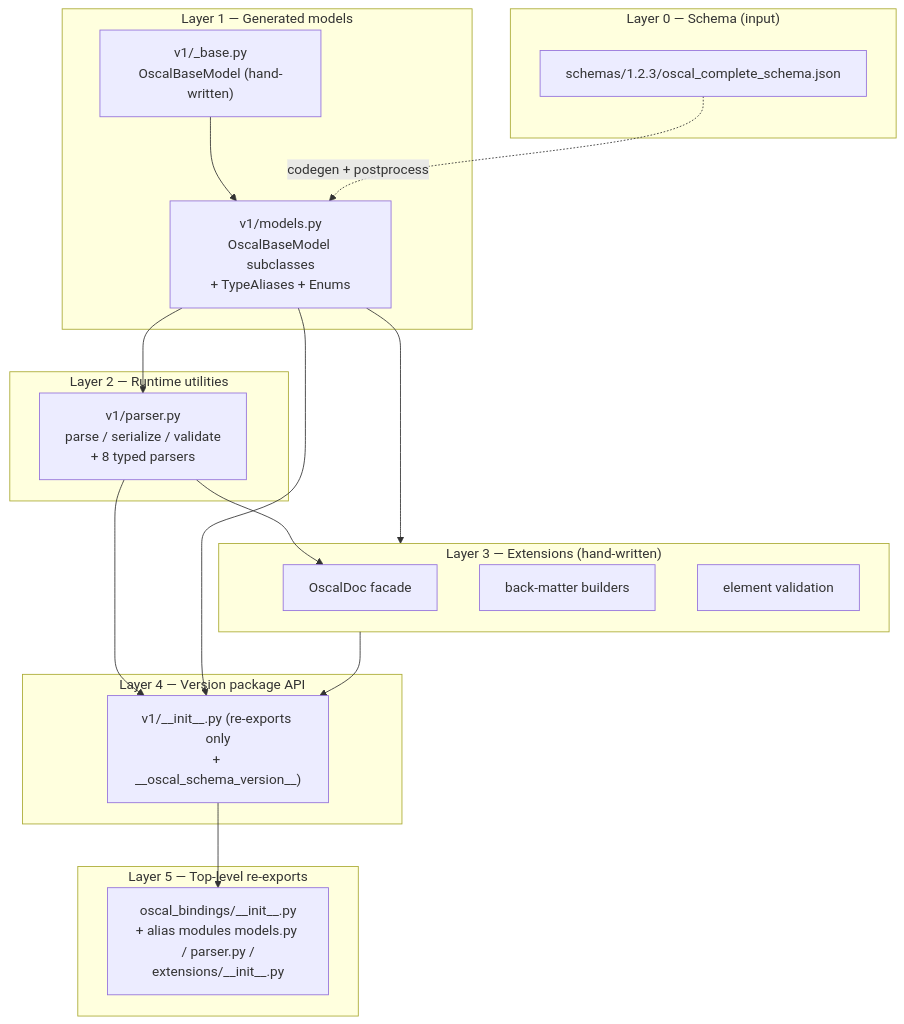
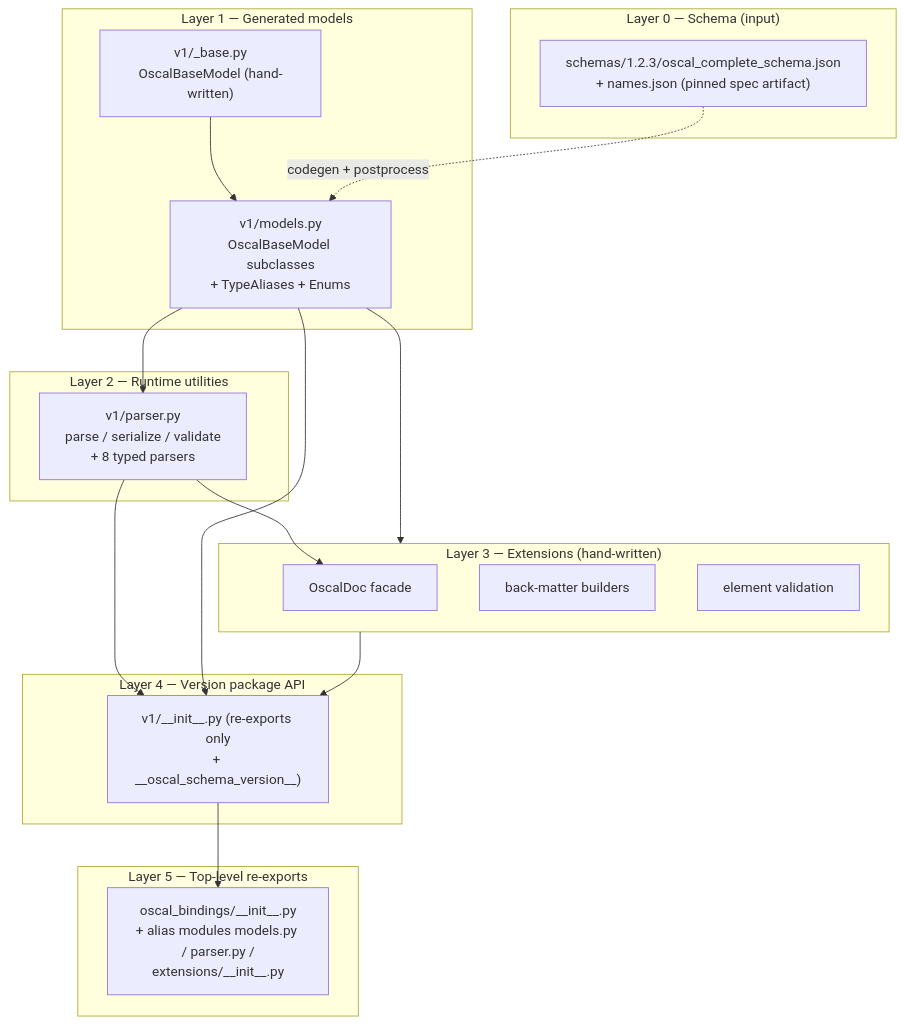
The first of 2 diagrams in .agents/summary/architecture.md (cairn-proofs/oscal-bindings-python), drawn with Mermaid before and after one commit. The commit also changed other lines of this file and 51 other files, not shown here.

First line of the commit message:
Generate the models from names.json of the spec artifact (#22)

````diff
--- a/.agents/summary/architecture.md
+++ b/.agents/summary/architecture.md
@@ -11,33 +11,33 @@
 ```mermaid
 graph TB
     subgraph L0["Layer 0 — Schema (input)"]
-        S["schemas/1.2.3/oscal_complete_schema.json"]
+        S["schemas/1.2.3/oscal_complete_schema.json<br/>+ names.json (pinned spec artifact)"]
     end
     subgraph L1["Layer 1 — Generated models"]
         BASE["v1/_base.py<br/>OscalBaseModel (hand-written)"]
         M["v1/models.py<br/>OscalBaseModel subclasses<br/>+ TypeAliases + Enums"]
         BASE --> M
     end
     subgraph L2["Layer 2 — Runtime utilities"]
         P["v1/parser.py<br/>parse / serialize / validate<br/>+ 8 typed parsers"]
     end
     subgraph L3["Layer 3 — Extensions (hand-written)"]
         D["OscalDoc facade"]
         B["back-matter builders"]
         V["element validation"]
     end
     subgraph L4["Layer 4 — Version package API"]
         I["v1/__init__.py (re-exports only<br/>+ __oscal_schema_version__)"]
     end
     subgraph L5["Layer 5 — Top-level re-exports"]
         C["oscal_bindings/__init__.py<br/>+ alias modules models.py / parser.py /<br/>extensions/__init__.py"]
     end
     S -. codegen + postprocess .-> M
     M --> P
     M --> L3
     P --> D
     P --> I
     L3 --> I
     M --> I
     I --> C
 ```
````
